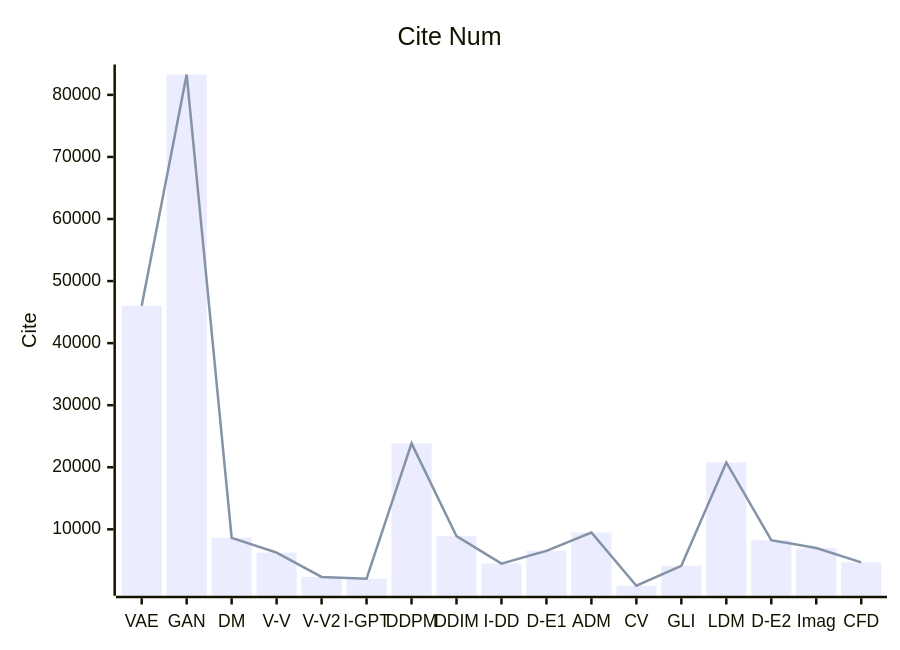
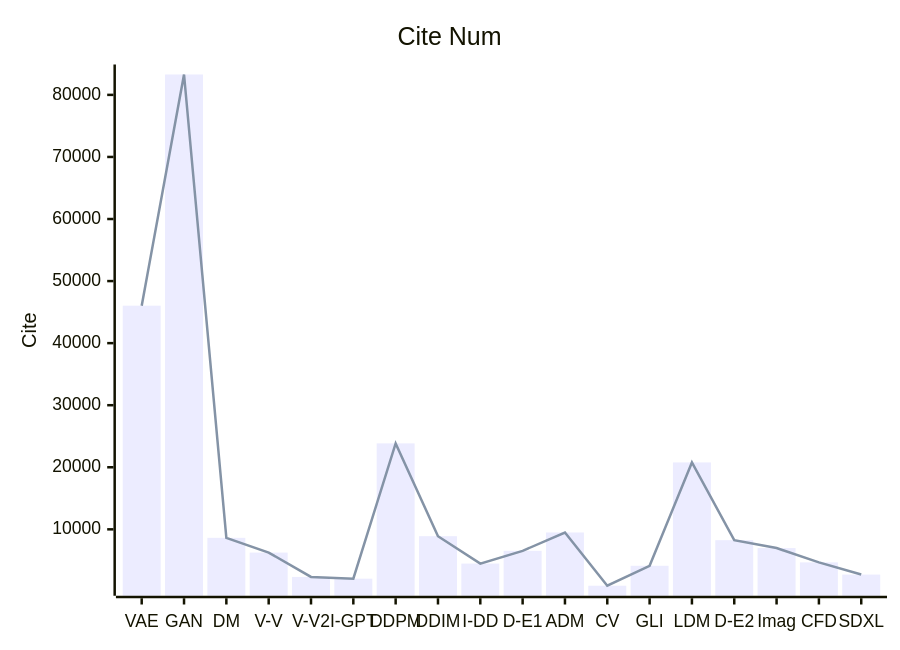
Before and after one commit to Elephant-King9/Paper: the fifth of 5 diagrams in Base_Model/GAN+VAE+Diffusion/analyse.md, drawn with Mermaid. The commit also changed other lines of this file and 2 other files, not shown here.

````diff
--- a/Base_Model/GAN+VAE+Diffusion/analyse.md
+++ b/Base_Model/GAN+VAE+Diffusion/analyse.md
@@ -168,8 +182,8 @@
 ```mermaid
     xychart-beta
     title "Cite Num"
-    x-axis [VAE,GAN,DM,V-V,V-V2,I-GPT,DDPM,DDIM,I-DD,D-E1,ADM, CV,GLI,LDM,D-E2,Imag,CFD]
+    x-axis [VAE,GAN,DM,V-V,V-V2,I-GPT,DDPM,DDIM,I-DD,D-E1,ADM, CV,GLI,LDM,D-E2,Imag,CFD,SDXL]
     y-axis "Cite" 
-    bar [46034, 83283, 8634,6258, 2329, 2050, 23847, 8896,4481,6536, 9492, 911,4128,20780, 8252,6983,4679]
-    line [46034, 83283, 8634,6258, 2329, 2050, 23847, 8896,4481,6536, 9492, 911,4128,20780, 8252,6983,4679]
+    bar [46034, 83283, 8634,6258, 2329, 2050, 23847, 8896,4481,6536, 9492, 911,4128,20780, 8252,6983,4679,2713]
+    line [46034, 83283, 8634,6258, 2329, 2050, 23847, 8896,4481,6536, 9492, 911,4128,20780, 8252,6983,4679,2713]
 ```
````
